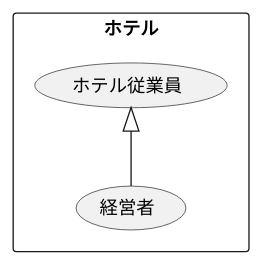
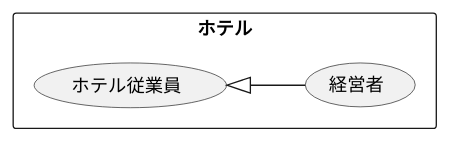
The diagram in 演習2-2_ホテル従業員.pu (takumiTakahata/uml-introduction), drawn with PlantUML before and after one commit.

Commit message:
left to right

```diff
--- a/演習2-2_ホテル従業員.pu
+++ b/演習2-2_ホテル従業員.pu
@@ -1,8 +1,8 @@
 @startuml ユースケース図
-' left to right direction
+left to right direction
 rectangle ホテル {
 usecase 経営者
 usecase ホテル従業員
 }
 ホテル従業員 <|-- 経営者
 @enduml
```
